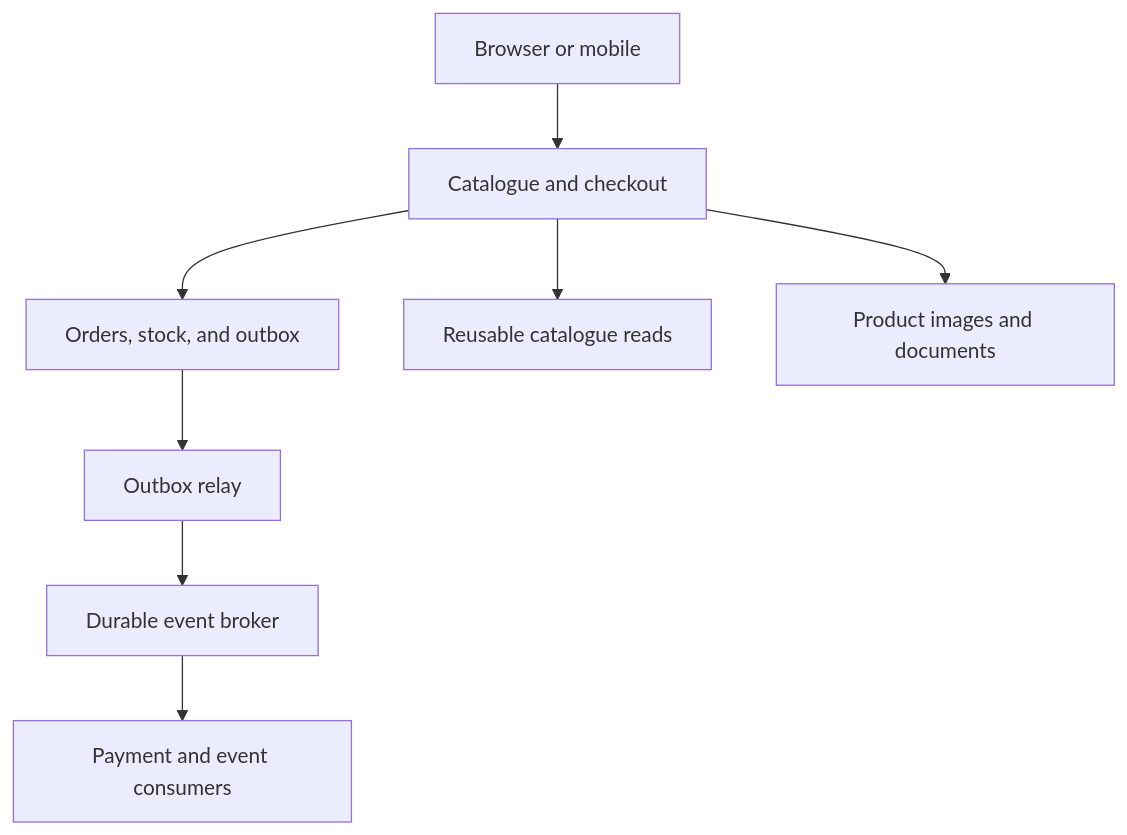
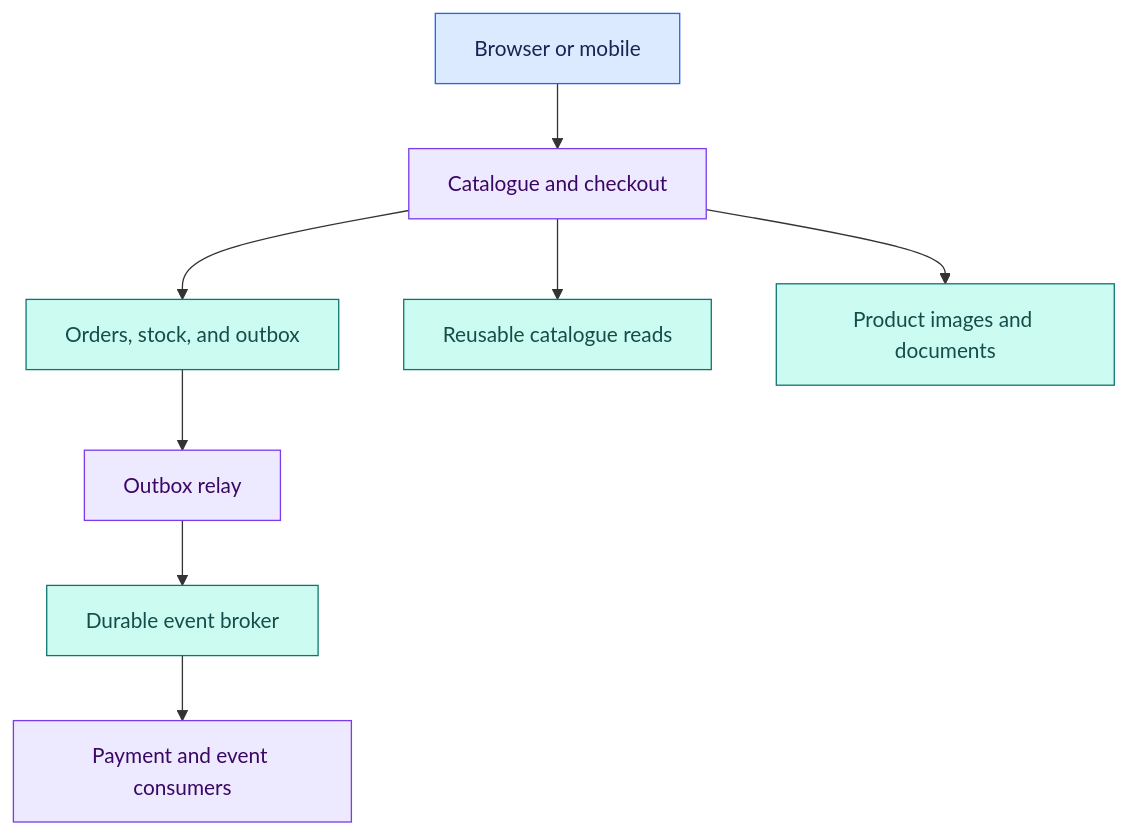
The first of 3 diagrams in chapters/07-production-walkthroughs-and-case-studies.md (Shaktiprasadram22/system-design-26-week-roadmap), drawn with Mermaid before and after one commit. The commit also changed other lines of this file and 21 other files, not shown here.

````diff
--- a/chapters/07-production-walkthroughs-and-case-studies.md
+++ b/chapters/07-production-walkthroughs-and-case-studies.md
@@ -41,10 +44,18 @@
 ```mermaid
 flowchart TD
     Client["Browser or mobile"] --> API["Catalogue and checkout"]
     API --> DB["Orders, stock, and outbox"]
     API --> Cache["Reusable catalogue reads"]
     API --> Objects["Product images and documents"]
     DB --> Relay["Outbox relay"]
     Relay --> Queue["Durable event broker"]
     Queue --> Worker["Payment and event consumers"]
+
+    classDef input fill:#dbeafe,stroke:#2563eb,color:#172554;
+    classDef service fill:#ede9fe,stroke:#7c3aed,color:#3b0764;
+    classDef data fill:#ccfbf1,stroke:#0f766e,color:#134e4a;
+    classDef edge fill:#ffedd5,stroke:#c2410c,color:#431407;
+    class Client input;
+    class API,Relay,Worker service;
+    class DB,Cache,Objects,Queue data;
 ```
````
